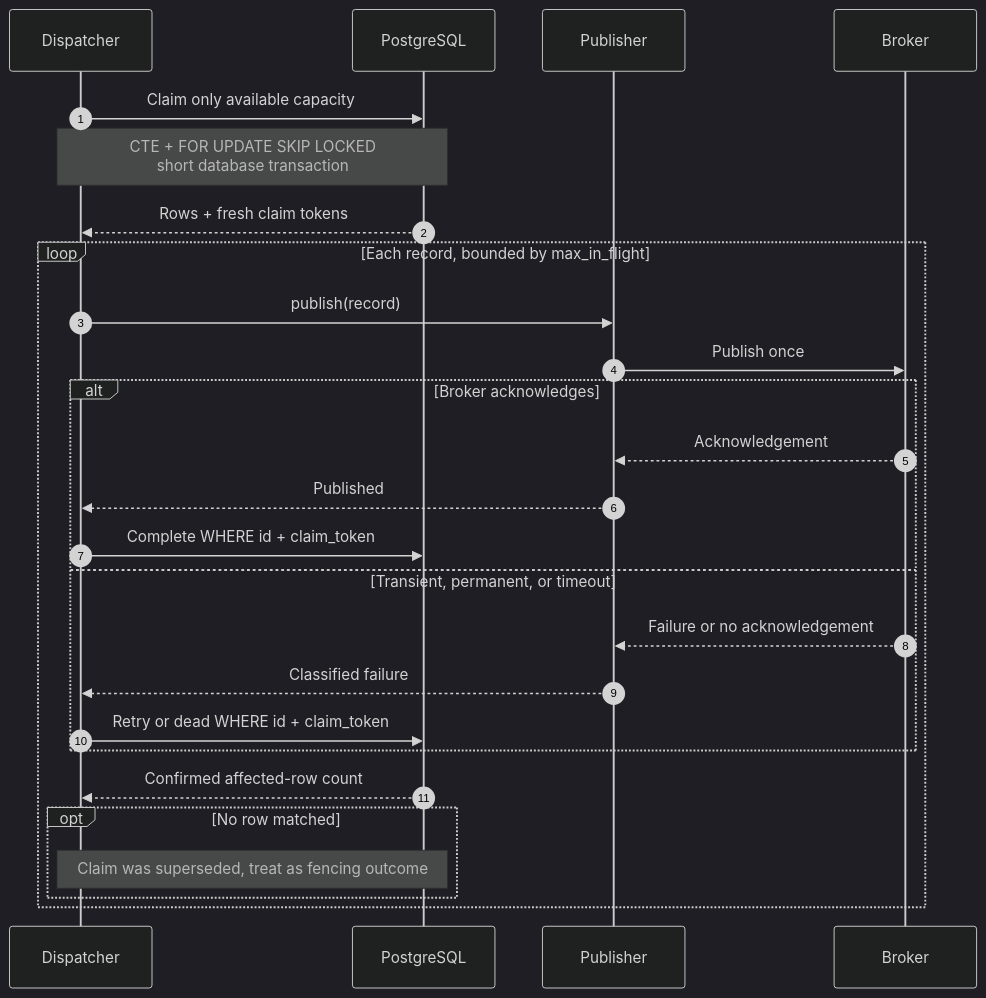
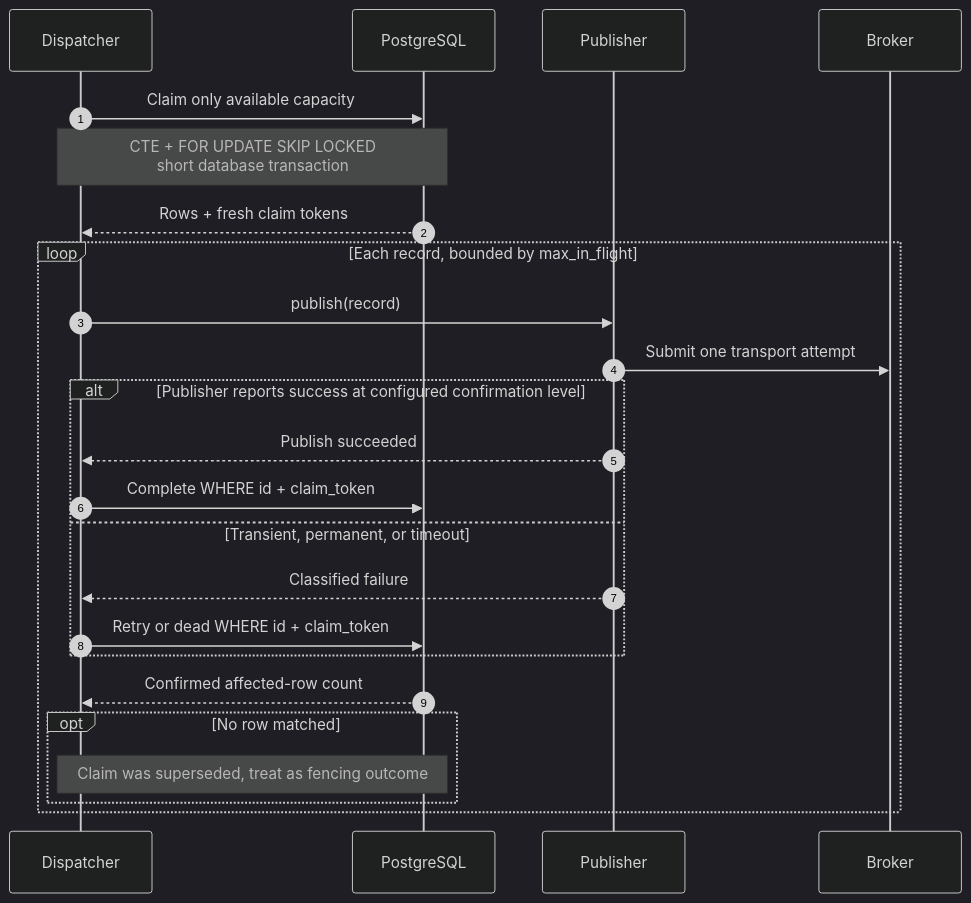
The second of 13 diagrams in docs/runtime-flows.md (sisaio/sisa-messaging-rs), drawn with Mermaid (dark theme) before and after one commit. The commit also changed other lines of this file and 3 other files, not shown here.

````diff
--- a/docs/runtime-flows.md
+++ b/docs/runtime-flows.md
@@ -40,30 +40,28 @@
 ```mermaid
 sequenceDiagram
     autonumber
     participant Dispatcher
     participant DB as PostgreSQL
     participant Publisher
     participant Broker
 
     Dispatcher->>DB: Claim only available capacity
     Note over Dispatcher,DB: CTE + FOR UPDATE SKIP LOCKED<br/>short database transaction
     DB-->>Dispatcher: Rows + fresh claim tokens
 
     loop Each record, bounded by max_in_flight
         Dispatcher->>Publisher: publish(record)
-        Publisher->>Broker: Publish once
-        alt Broker acknowledges
-            Broker-->>Publisher: Acknowledgement
-            Publisher-->>Dispatcher: Published
+        Publisher->>Broker: Submit one transport attempt
+        alt Publisher reports success at configured confirmation level
+            Publisher-->>Dispatcher: Publish succeeded
             Dispatcher->>DB: Complete WHERE id + claim_token
         else Transient, permanent, or timeout
-            Broker-->>Publisher: Failure or no acknowledgement
             Publisher-->>Dispatcher: Classified failure
             Dispatcher->>DB: Retry or dead WHERE id + claim_token
         end
         DB-->>Dispatcher: Confirmed affected-row count
         opt No row matched
             Note over Dispatcher,DB: Claim was superseded, treat as fencing outcome
         end
     end
 ```
````
